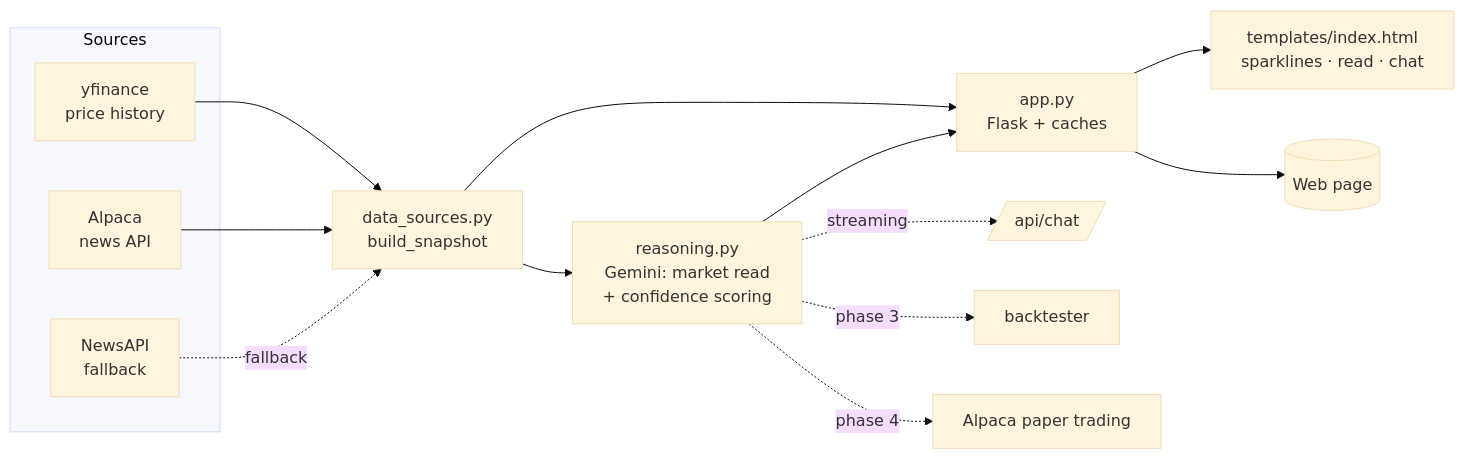
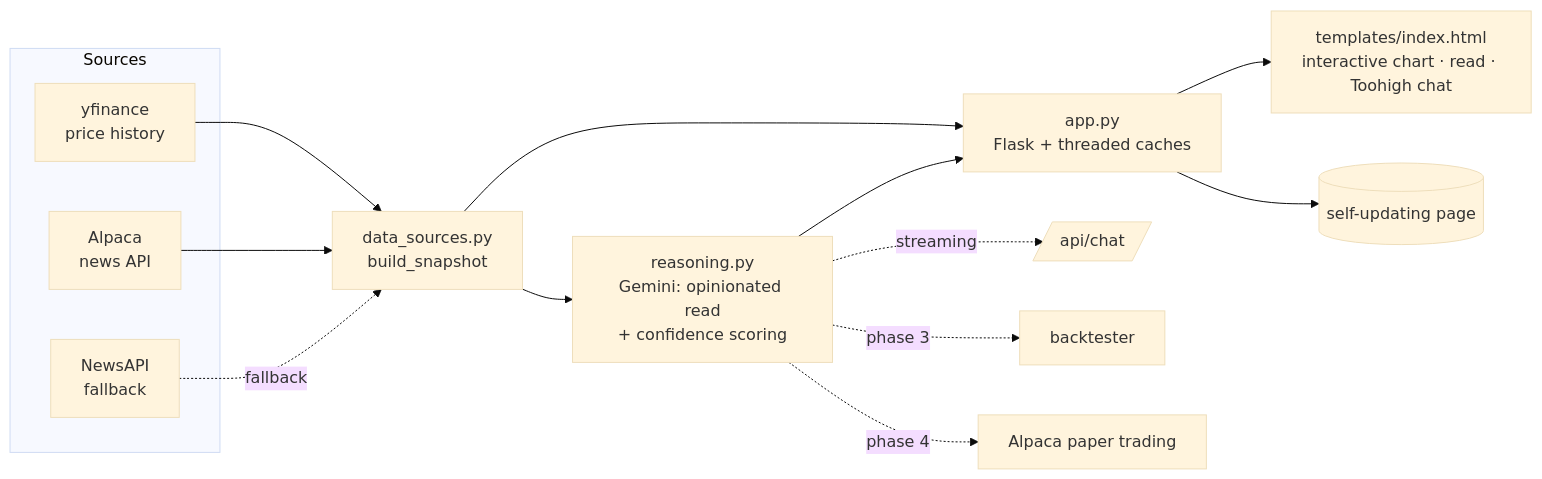
One commit to prawbase7/AI_Agent changed the diagram in README.md. Above: the diagram before and after it, drawn with Mermaid (base theme). The commit also changed other lines of this file and 3 other files, not shown here.

````diff
--- a/README.md
+++ b/README.md
@@ -50,22 +53,22 @@
 ```mermaid
 flowchart LR
     subgraph Sources
         YF[yfinance\nprice history]
         AL[Alpaca\nnews API]
         NA[NewsAPI\nfallback]
     end
 
     YF --> DS[data_sources.py\nbuild_snapshot]
     AL --> DS
     NA -.fallback.-> DS
 
-    DS --> APP[app.py\nFlask + caches]
-    DS --> RE[reasoning.py\nGemini: market read\n+ confidence scoring]
+    DS --> APP[app.py\nFlask + threaded caches]
+    DS --> RE[reasoning.py\nGemini: opinionated read\n+ confidence scoring]
     RE --> APP
-    APP --> VIEW[templates/index.html\nsparklines · read · chat]
-    APP --> WEB[(Web page)]
+    APP --> VIEW[templates/index.html\ninteractive chart · read · Toohigh chat]
+    APP --> WEB[(self-updating page)]
     RE -. streaming .-> CHAT[/api/chat/]
 
     RE -.->|phase 3| BT[backtester]
     RE -.->|phase 4| PT[Alpaca paper trading]
 ```
````
